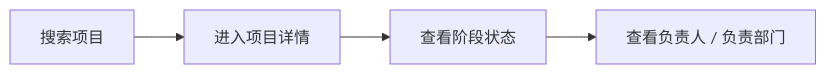
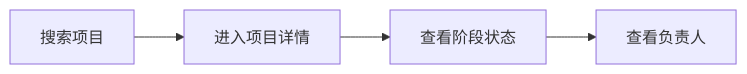
The third of 8 diagrams in docs/02-prototype/v1-prototype-spec.md (KozenSupport/KPM), drawn with Mermaid before and after one commit. The commit also changed other lines of this file and 172 other files, not shown here.

````diff
--- a/docs/02-prototype/v1-prototype-spec.md
+++ b/docs/02-prototype/v1-prototype-spec.md
@@ -368,6 +392,6 @@
 ```mermaid
 flowchart LR
     A[搜索项目] --> B[进入项目详情]
     B --> C[查看阶段状态]
-    C --> D[查看负责人 / 负责部门]
+    C --> D[查看负责人]
 ```
````
